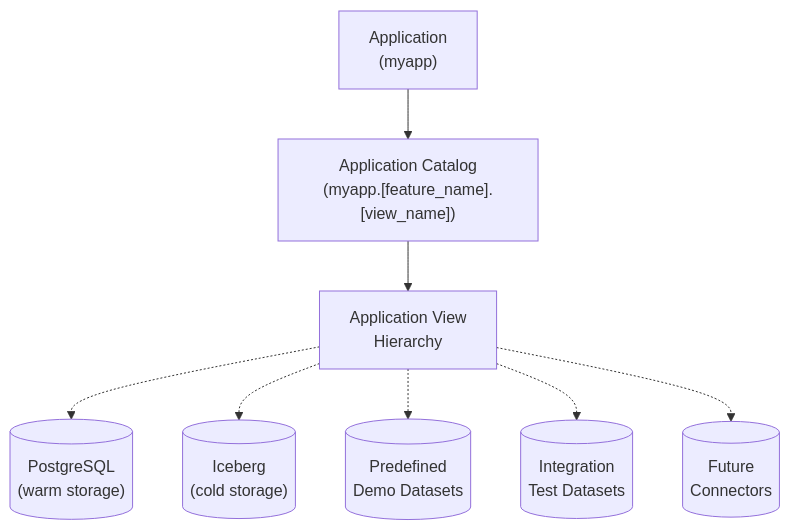
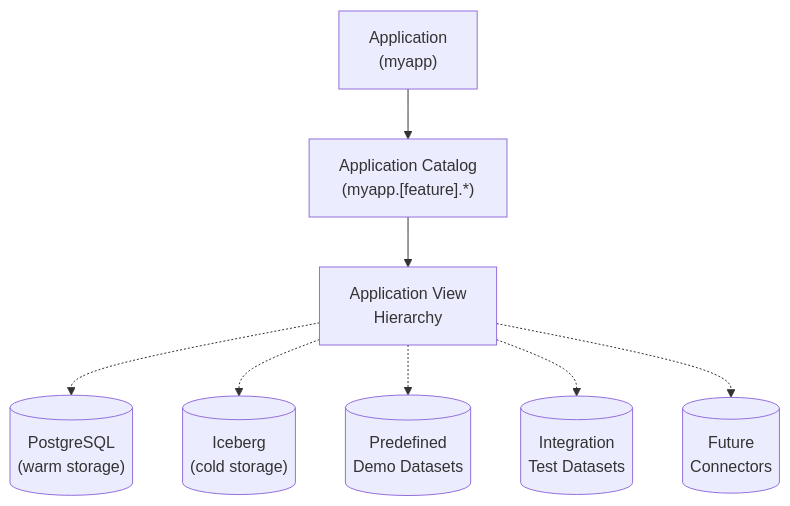
One commit to robfromboulder/virtual-view-manifesto changed the second of 2 diagrams in sections/01-introduction.md. Above: the diagram before and after it, drawn with Mermaid. The commit also changed 2 other files, not shown here.

Commit message:
Tweak diagrams

````diff
--- a/sections/01-introduction.md
+++ b/sections/01-introduction.md
@@ -97,10 +97,10 @@
 ```mermaid
 flowchart TD
-    App["Application<br/>(myapp)"] --> AppCatalog["Application Catalog<br/>(myapp.[feature_name].[view_name])"]
+    App["Application<br/>(myapp)"] --> AppCatalog["Application Catalog<br/>(myapp.[feature].*)"]
     AppCatalog --> Views["Application View<br/>Hierarchy"]
     Views -.-> PG[("PostgreSQL<br/>(warm storage)")]
     Views -.-> Ice[("Iceberg<br/>(cold storage)")]
     Views -.-> Demo[("Predefined<br/>Demo Datasets")]
     Views -.-> Test[("Integration<br/>Test Datasets")]
     Views -.-> Future[("Future<br/>Connectors")]
 ```
````
